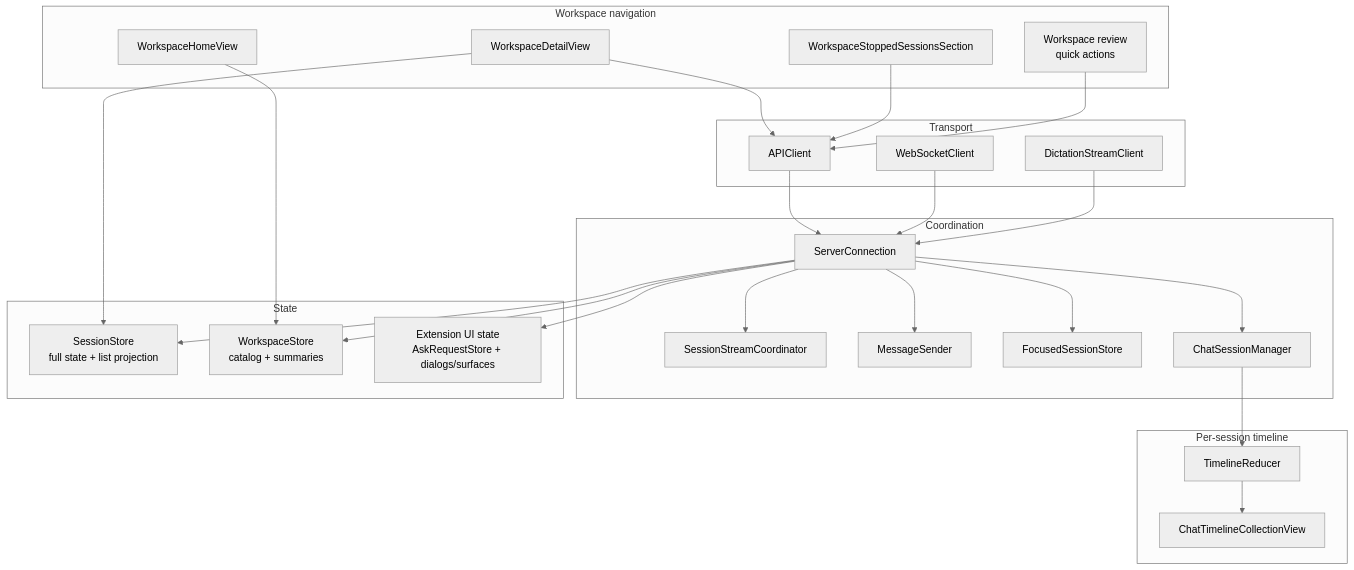
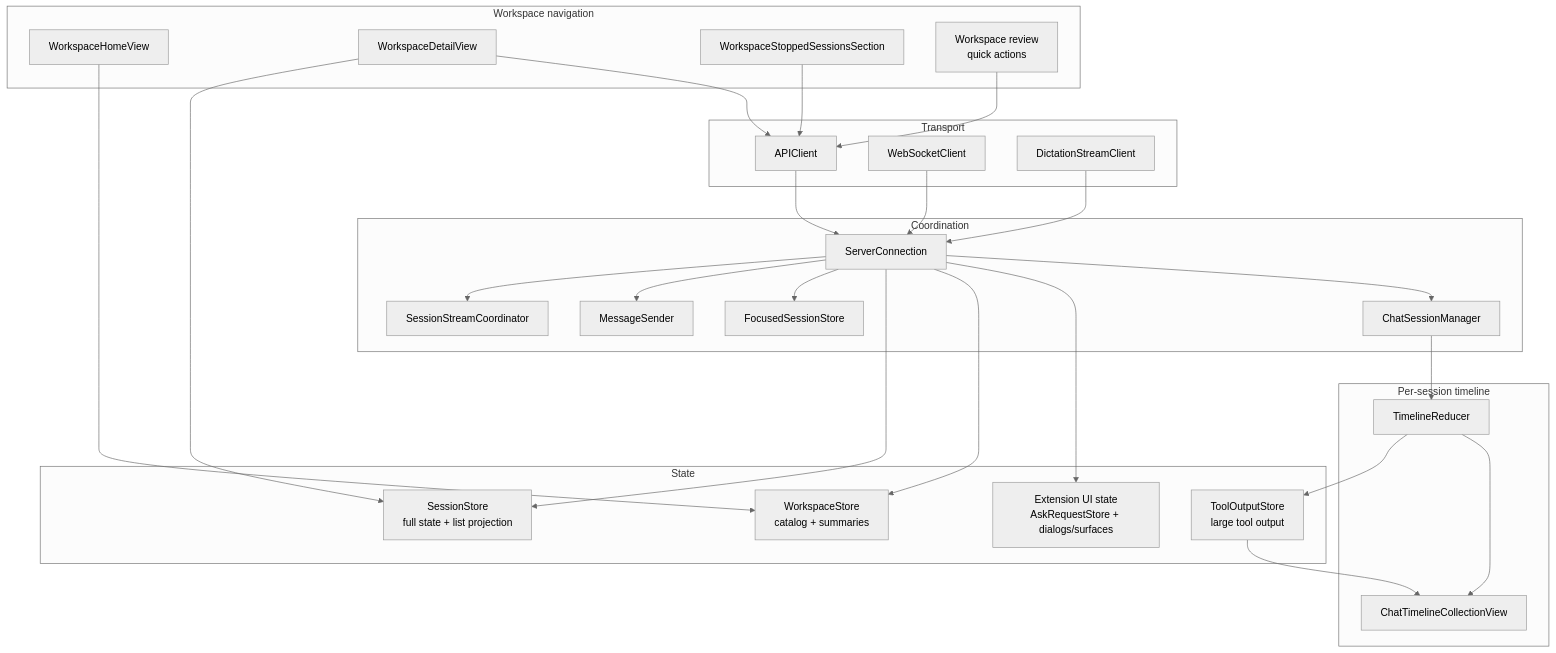
One commit to duh17/oppi changed the sixth of 7 diagrams in docs/architecture.md. Above: the diagram before and after it, drawn with Mermaid (neutral theme). The commit also changed other lines of this file, not shown here.

Commit message:
docs: refresh architecture overview

````diff
--- a/docs/architecture.md
+++ b/docs/architecture.md
@@ -190,52 +197,55 @@
 ```mermaid
 graph TD
   subgraph Transport[Transport]
     API[APIClient]
     SessionClient[WebSocketClient]
     AudioClient[DictationStreamClient]
   end
 
   subgraph Coordination[Coordination]
     Connection[ServerConnection]
     StreamCoord[SessionStreamCoordinator]
     Sender[MessageSender]
     Focus[FocusedSessionStore]
     ChatManager[ChatSessionManager]
   end
 
   subgraph State[State]
     SessionStore[SessionStore<br/>full state + list projection]
     WorkspaceStore[WorkspaceStore<br/>catalog + summaries]
     ExtensionUIState[Extension UI state<br/>AskRequestStore + dialogs/surfaces]
+    ToolOutputStore[ToolOutputStore<br/>large tool output]
   end
 
   subgraph WorkspaceViews[Workspace navigation]
     Home[WorkspaceHomeView]
     Detail[WorkspaceDetailView]
     Archive[WorkspaceStoppedSessionsSection]
     Review[Workspace review<br/>quick actions]
   end
 
   subgraph Timeline[Per-session timeline]
     Reducer[TimelineReducer]
     UIKit[ChatTimelineCollectionView]
   end
 
   API --> Connection
   SessionClient --> Connection
   AudioClient --> Connection
   Connection --> StreamCoord
   Connection --> Sender
   Connection --> Focus
   Connection --> SessionStore
   Connection --> WorkspaceStore
   Connection --> ExtensionUIState
   Connection --> ChatManager
   Home --> WorkspaceStore
   Detail --> SessionStore
   Detail --> API
   Archive --> API
   Review --> API
   ChatManager --> Reducer
+  Reducer --> ToolOutputStore
+  ToolOutputStore --> UIKit
   Reducer --> UIKit
 ```
````
